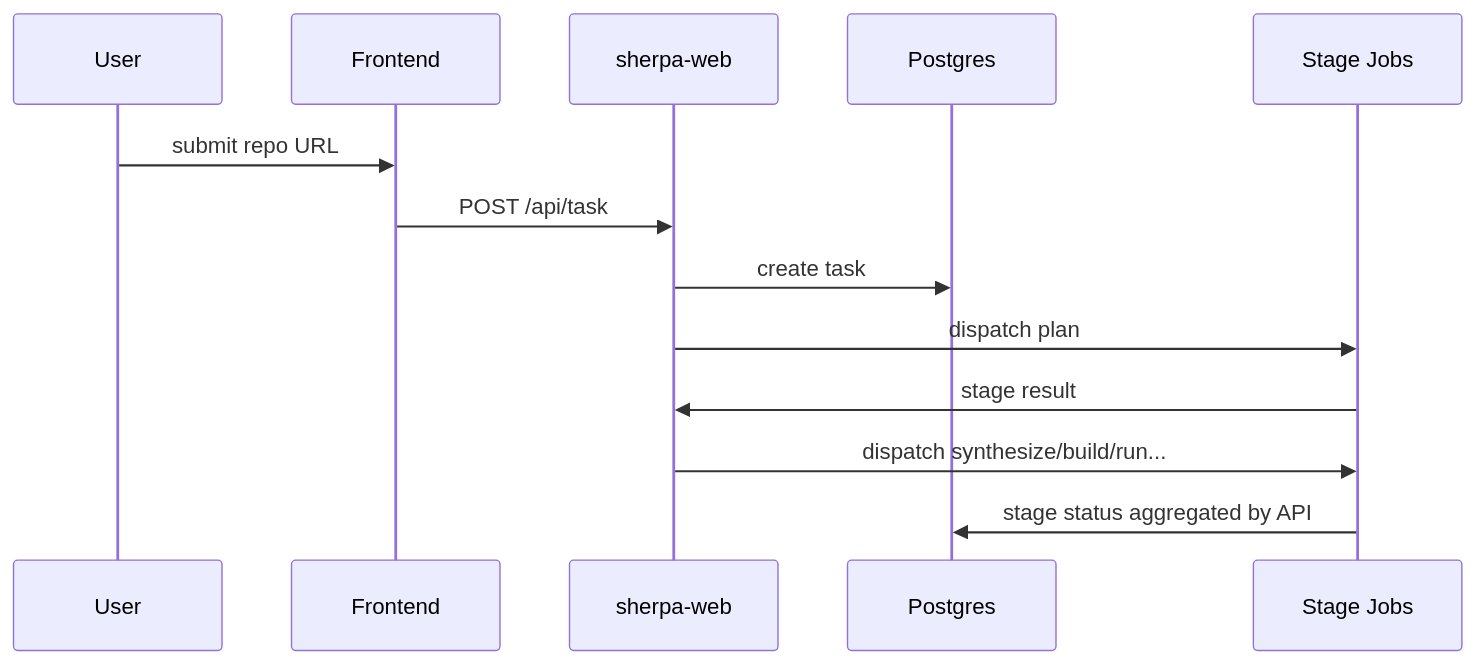
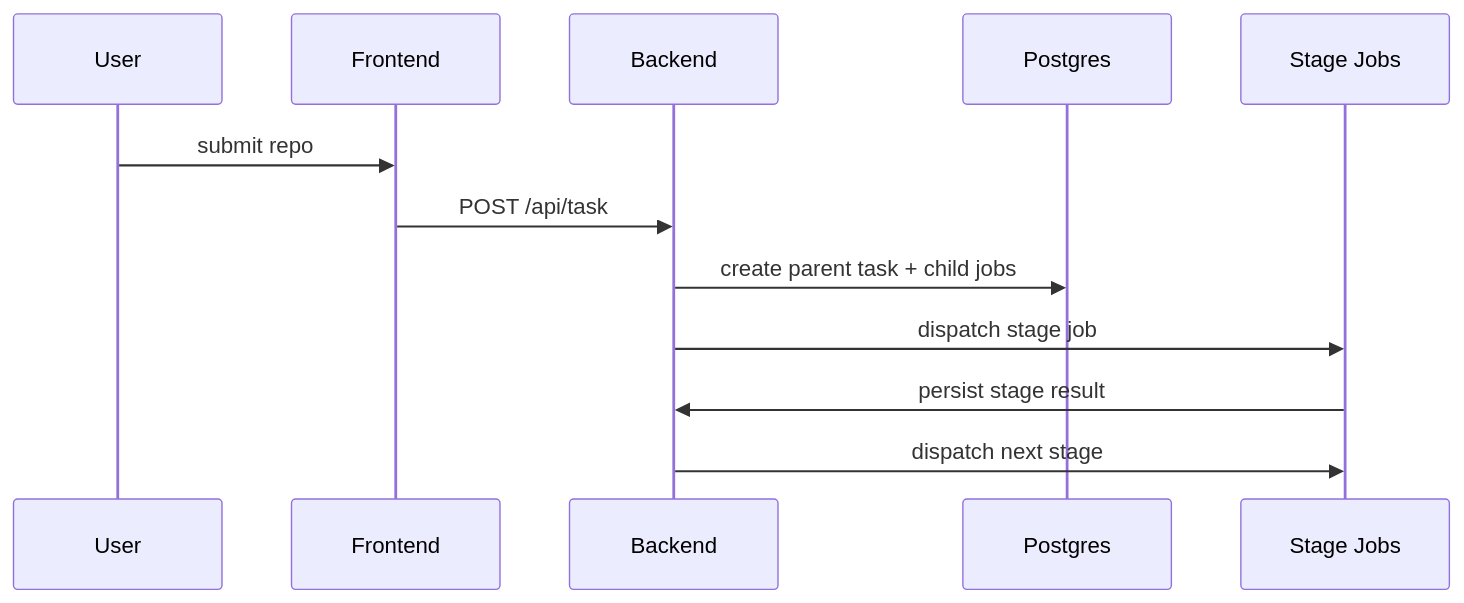
One commit to ZUENS2020/Sherpa changed the diagram in docs/k8s/DEPLOYMENT_DETAILED.md. Above: the diagram before and after it, drawn with Mermaid. The commit also changed other lines of this file and 17 other files, not shown here.

````diff
--- a/docs/k8s/DEPLOYMENT_DETAILED.md
+++ b/docs/k8s/DEPLOYMENT_DETAILED.md
@@ -43,15 +40,15 @@
 ```mermaid
 sequenceDiagram
   participant U as User
   participant FE as Frontend
-  participant API as sherpa-web
+  participant API as Backend
   participant DB as Postgres
   participant K8S as Stage Jobs
-  U->>FE: submit repo URL
+
+  U->>FE: submit repo
   FE->>API: POST /api/task
-  API->>DB: create task
-  API->>K8S: dispatch plan
-  K8S->>API: stage result
-  API->>K8S: dispatch synthesize/build/run...
-  K8S->>DB: stage status aggregated by API
+  API->>DB: create parent task + child jobs
+  API->>K8S: dispatch stage job
+  K8S->>API: persist stage result
+  API->>K8S: dispatch next stage
 ```
````
